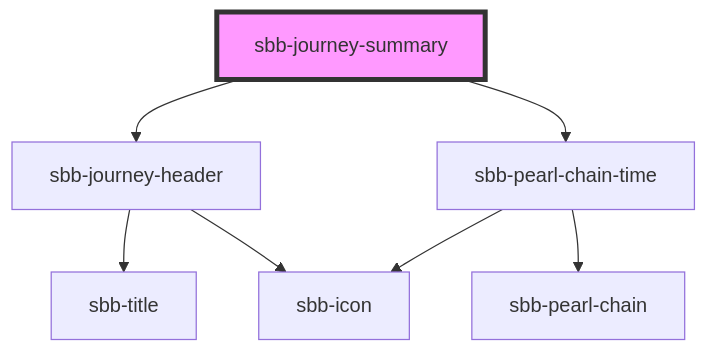
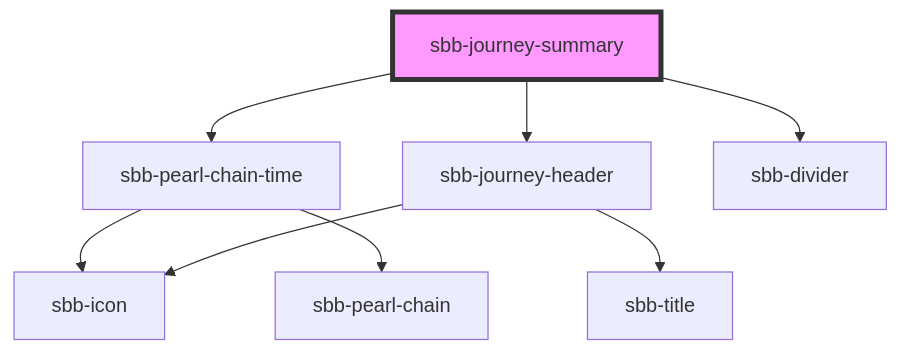
The diagram in src/components/sbb-journey-summary/readme.md (sbb-design-systems/lyne-components), drawn with Mermaid before and after one commit. The commit also changed other lines of this file and 9 other files, not shown here.

Commit message:
feat(sbb-journey-summary): add additional prop to display round trip (#1761)

````diff
--- a/src/components/sbb-journey-summary/readme.md
+++ b/src/components/sbb-journey-summary/readme.md
@@ -30,10 +33,11 @@
 ```mermaid
 graph TD;
+  sbb-journey-summary --> sbb-pearl-chain-time
   sbb-journey-summary --> sbb-journey-header
-  sbb-journey-summary --> sbb-pearl-chain-time
+  sbb-journey-summary --> sbb-divider
+  sbb-pearl-chain-time --> sbb-icon
+  sbb-pearl-chain-time --> sbb-pearl-chain
   sbb-journey-header --> sbb-title
   sbb-journey-header --> sbb-icon
-  sbb-pearl-chain-time --> sbb-icon
-  sbb-pearl-chain-time --> sbb-pearl-chain
   style sbb-journey-summary fill:#f9f,stroke:#333,stroke-width:4px
 ```
````
